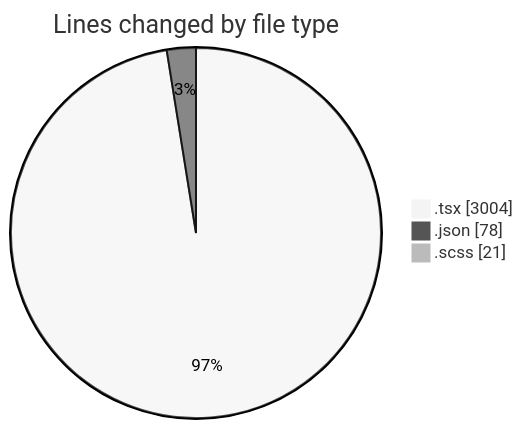
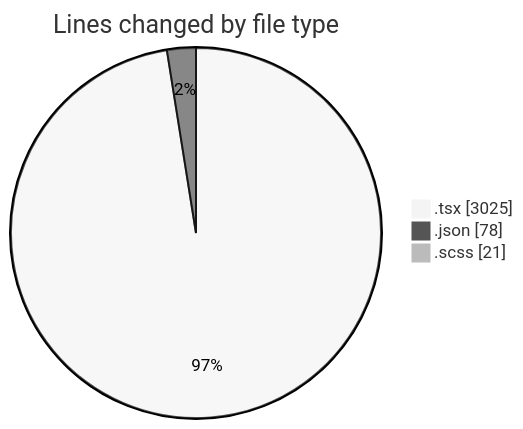
The first of 2 diagrams in 2026-09-29/cda/README.md (momahboobian/code-tracking), drawn with Mermaid (neutral theme) before and after one commit. The commit also changed other lines of this file and 1 other file, not shown here.

````diff
--- a/2026-09-29/cda/README.md
+++ b/2026-09-29/cda/README.md
@@ -34,7 +34,7 @@
 ```mermaid
 pie showData
 title Lines changed by file type
-".tsx" : 3004
+".tsx" : 3025
 ".json" : 78
 ".scss" : 21
 ```
````
